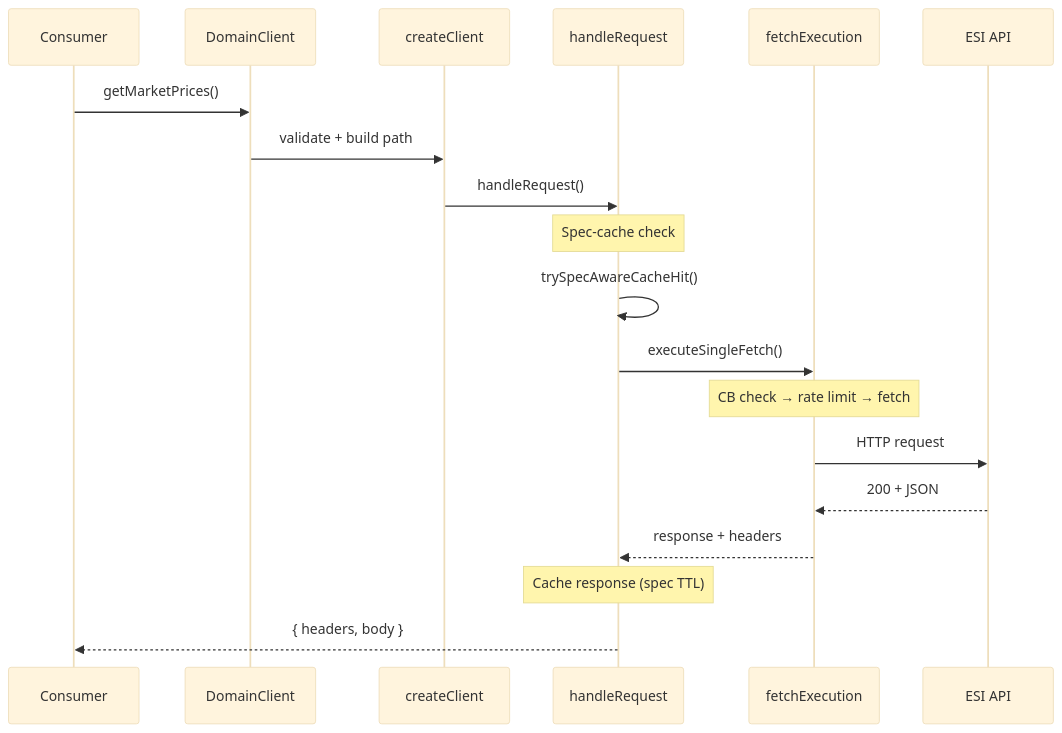
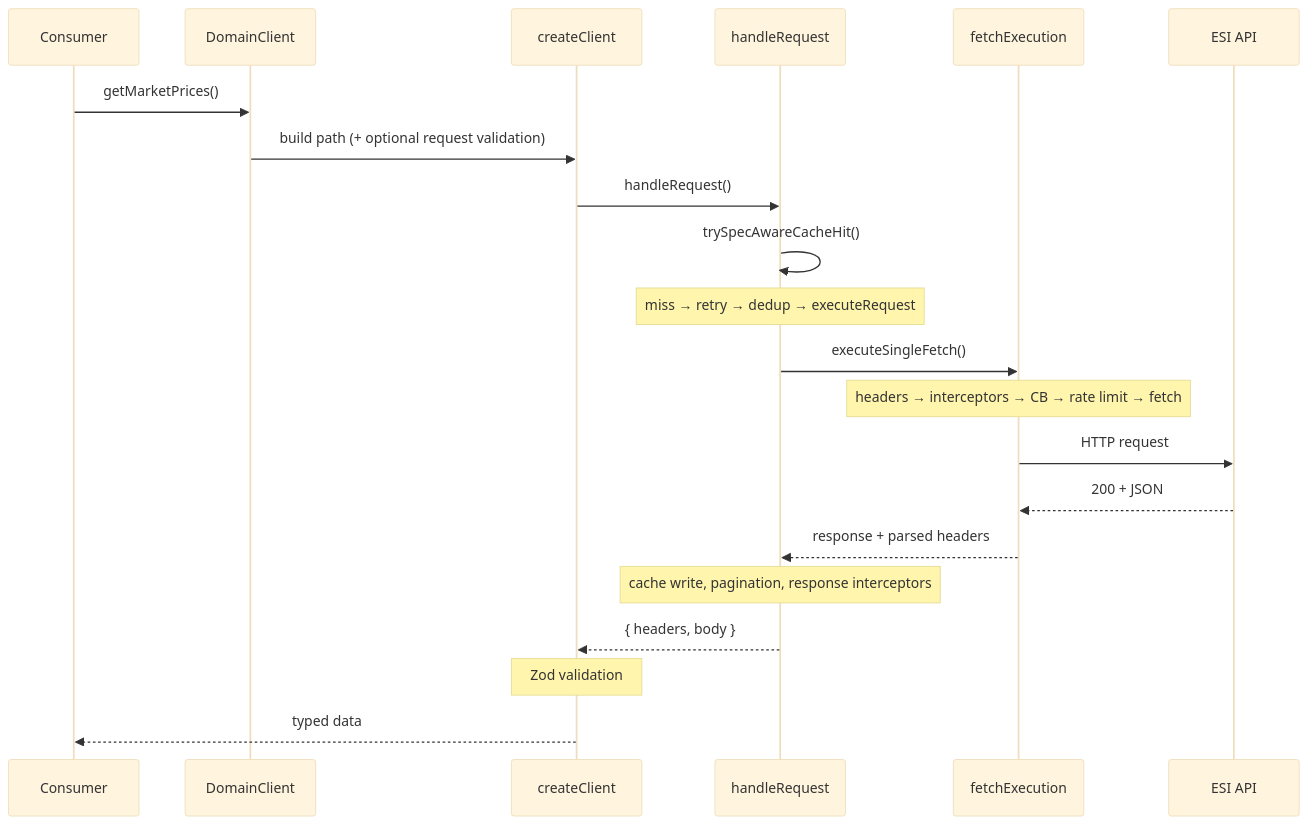
One commit to lgriffin/ESI.ts changed the sixth of 14 diagrams in guides/ARCHITECTURE.md. Above: the diagram before and after it, drawn with Mermaid (base theme). The commit also changed other lines of this file and 17 other files, not shown here.

First line of the commit message:
docs(guides): write the charter guides and retire docs/

````diff
--- a/guides/ARCHITECTURE.md
+++ b/guides/ARCHITECTURE.md
@@ -383,22 +402,24 @@
 ```mermaid
 sequenceDiagram
     participant App as Consumer
     participant DC as DomainClient
     participant CC as createClient
     participant HR as handleRequest
     participant FE as fetchExecution
     participant ESI as ESI API
 
     App->>DC: getMarketPrices()
-    DC->>CC: validate + build path
+    DC->>CC: build path (+ optional request validation)
     CC->>HR: handleRequest()
-    Note over HR: Spec-cache check
     HR->>HR: trySpecAwareCacheHit()
+    Note over HR: miss → retry → dedup → executeRequest
     HR->>FE: executeSingleFetch()
-    Note over FE: CB check → rate limit → fetch
+    Note over FE: headers → interceptors → CB → rate limit → fetch
     FE->>ESI: HTTP request
     ESI-->>FE: 200 + JSON
-    FE-->>HR: response + headers
-    Note over HR: Cache response (spec TTL)
-    HR-->>App: { headers, body }
+    FE-->>HR: response + parsed headers
+    Note over HR: cache write, pagination, response interceptors
+    HR-->>CC: { headers, body }
+    Note over CC: Zod validation
+    CC-->>App: typed data
 ```
````
